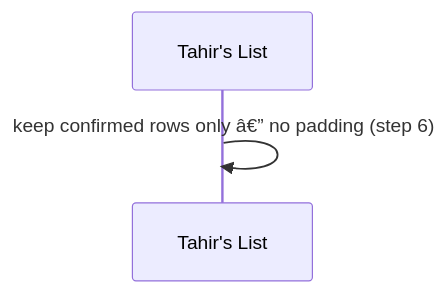
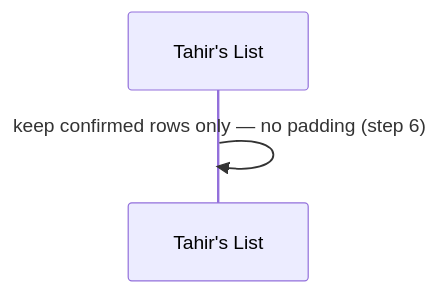
The fourth of 10 diagrams in docs/features/SC-211/04-blackbox/UC-01-run-sample-directory-ingestion.md (Losers-Lab/tahirs-list), drawn with Mermaid before and after one commit. The commit also changed other lines of this file and 12 other files, not shown here.

````diff
--- a/docs/features/SC-211/04-blackbox/UC-01-run-sample-directory-ingestion.md
+++ b/docs/features/SC-211/04-blackbox/UC-01-run-sample-directory-ingestion.md
@@ -42,5 +42,5 @@
 ```mermaid
 sequenceDiagram
   participant TL as Tahir's List
-  TL->>TL: keep confirmed rows only â€” no padding (step 6)
+  TL->>TL: keep confirmed rows only — no padding (step 6)
 ```
````
